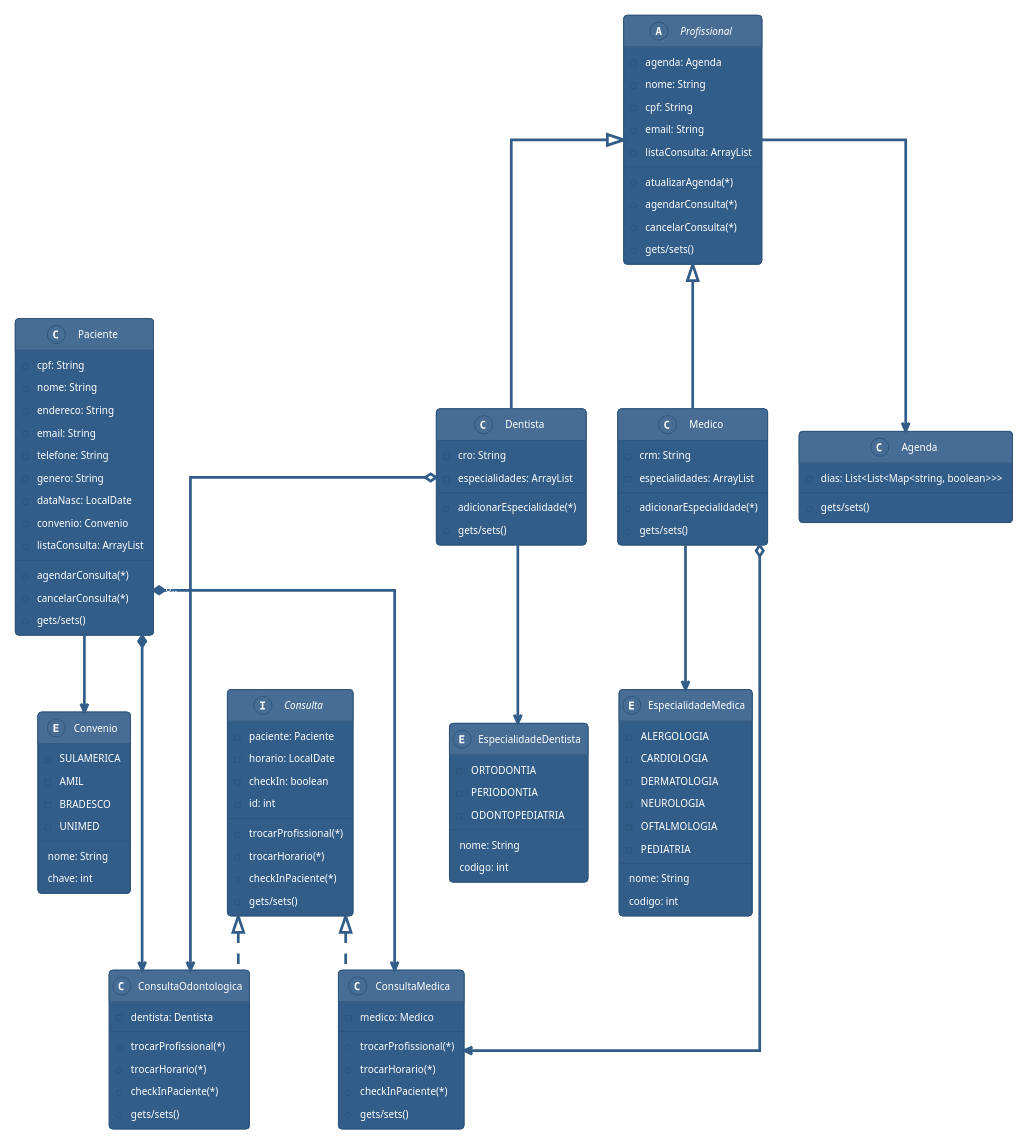
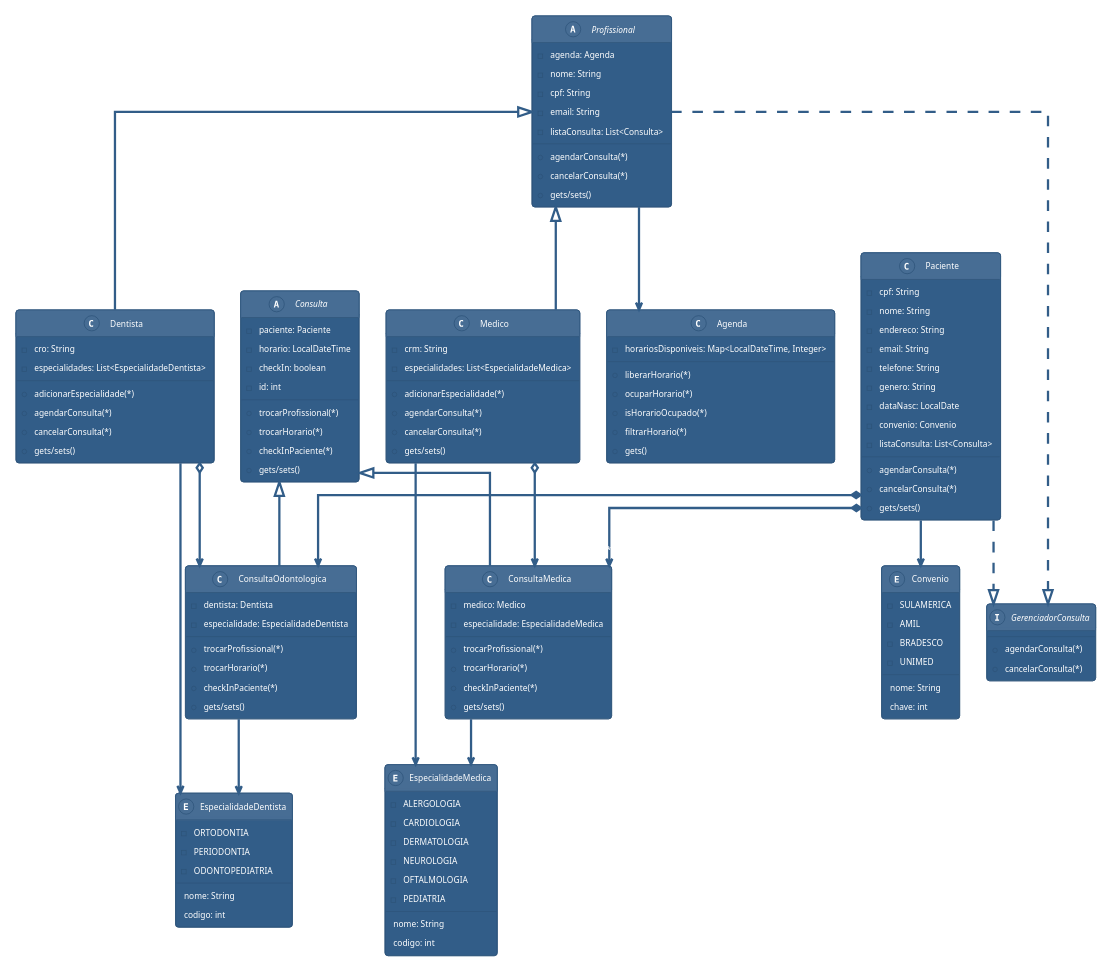
The diagram in README.md (DudaElias/wiseclinic-backend), drawn with PlantUML before and after one commit.

Commit message:
add modificações no uml

````diff
--- a/README.md
+++ b/README.md
@@ -6,6 +6,6 @@
 ```plantuml
 @startuml
-    scale 650 width
+    scale 700 width
     skinparam linetype ortho
     !theme sandstone
 
@@ -17,16 +17,16 @@
         - telefone: String
         - genero: String
         - dataNasc: LocalDate
-        - {field} convenio: Convenio
-        - listaConsulta: ArrayList
+        - convenio: Convenio
+        - listaConsulta: List<Consulta>
         + agendarConsulta(*)
         + cancelarConsulta(*)
         + gets/sets()
     }
 
-    interface Consulta{
+    abstract class Consulta{
         -paciente: Paciente
-        -{field}horario: LocalDate
+        -horario: LocalDateTime
         -checkIn: boolean
         -id: int
         +trocarProfissional(*)
@@ -37,6 +37,7 @@
 
     class ConsultaMedica{
         -medico: Medico
+        -especialidade: EspecialidadeMedica
         +trocarProfissional(*)
         +trocarHorario(*)
         +checkInPaciente(*)
@@ -45,6 +46,7 @@
 
     class ConsultaOdontologica{
         -dentista: Dentista
+        -especialidade: EspecialidadeDentista
         +trocarProfissional(*)
         +trocarHorario(*)
         +checkInPaciente(*)
@@ -56,8 +58,7 @@
         -nome: String
         -cpf: String
         -email: String
-        -listaConsulta: ArrayList
-        +atualizarAgenda(*)
+        -listaConsulta: List<Consulta>
         +agendarConsulta(*)
         +cancelarConsulta(*)
         +gets/sets()
@@ -65,21 +66,35 @@
 
     class Dentista{
         -cro: String
-        -especialidades: ArrayList
+        -especialidades: List<EspecialidadeDentista>
         +adicionarEspecialidade(*)
+        +agendarConsulta(*)
+        +cancelarConsulta(*)
         +gets/sets()
     }
 
     class Medico{
         -crm: String
-        -especialidades: ArrayList
+        -especialidades: List<EspecialidadeMedica>
         +adicionarEspecialidade(*)
+        +agendarConsulta(*)
+        +cancelarConsulta(*)
         +gets/sets()
     }
 
     class Agenda{
-        -{field} dias: List<List<Map<string, boolean>>>
-        +gets/sets()
+        -horariosDisponiveis: Map<LocalDateTime, Integer>
+        +liberarHorario(*)
+        +ocuparHorario(*)
+        +isHorarioOcupado(*)
+        +filtrarHorario(*)
+        +gets()
+        
+    }
+
+    interface GerenciadorConsulta{
+        + agendarConsulta(*)
+        + cancelarConsulta(*)
     }
 
     enum Convenio{
@@ -113,24 +128,33 @@
         codigo: int
     }
 
+
+
+
     Profissional <|-- Medico
     Profissional <|-- Dentista
 
-    Consulta <|.. ConsultaOdontologica
-    Consulta <|.. ConsultaMedica
+    Consulta <|-- ConsultaOdontologica
+    Consulta <|-- ConsultaMedica
 
-    Paciente --> "0..1 " Convenio
-    Paciente "0..* " *-->  ConsultaMedica
-    Paciente *---> "0..* " ConsultaOdontologica
+    Profissional ..|> GerenciadorConsulta
+    Paciente ..|> GerenciadorConsulta
 
-    Medico o---> "0..*  " ConsultaMedica
-    Dentista o--> " 0..*" ConsultaOdontologica
+    Paciente --> "0..1" Convenio
+    Paciente *--> "0..*"  ConsultaMedica
+    Paciente *--> "0..* " ConsultaOdontologica
+
+    Medico o--> "0..* " ConsultaMedica
+    Dentista o--> "0..*" ConsultaOdontologica
 
     Medico --> "1..*" EspecialidadeMedica
-    Dentista --> "1..*   " EspecialidadeDentista
+    Dentista --> "1..*" EspecialidadeDentista
+
+    ConsultaMedica --> EspecialidadeMedica
+    ConsultaOdontologica --> EspecialidadeDentista
 
     
-    Profissional --> "1 " Agenda
+    Profissional --> "1" Agenda
 
 }
 @enduml
````
